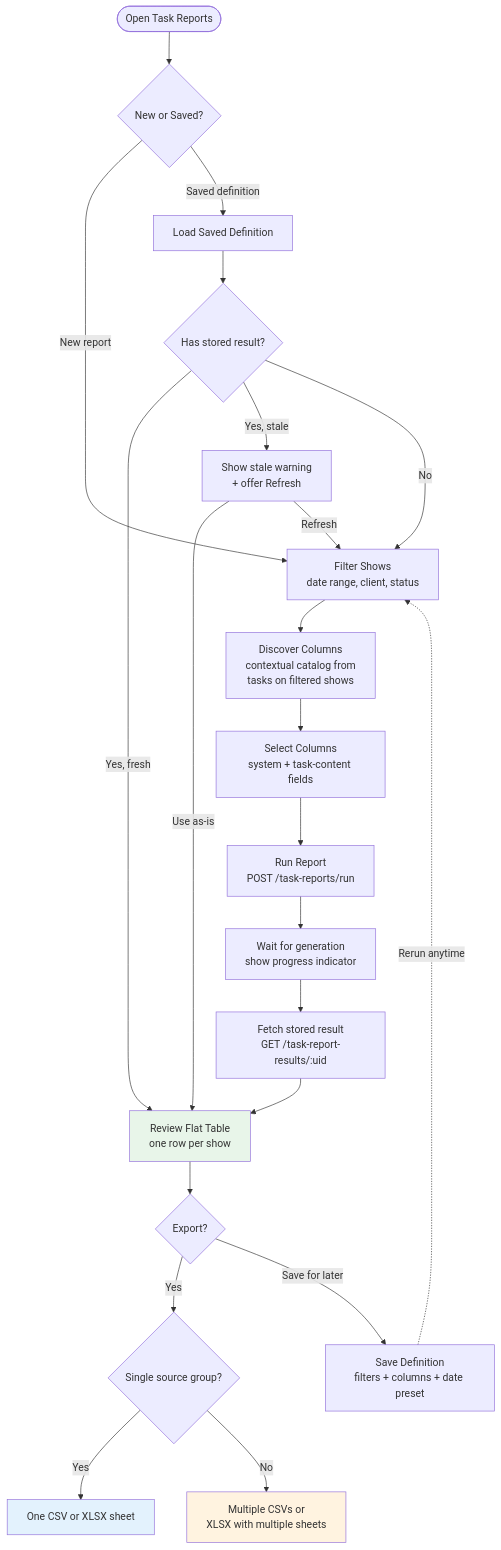
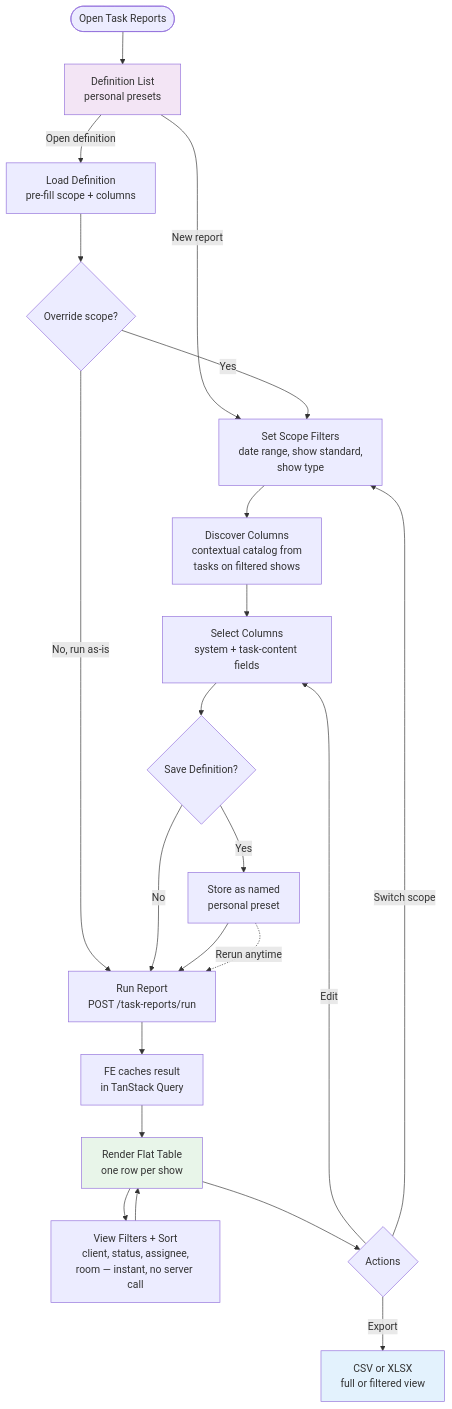
One commit to allenlin90/eridu-services changed the first of 3 diagrams in apps/erify_studios/docs/design/TASK_SUBMISSION_REPORTING_DESIGN.md. Above: the diagram before and after it, drawn with Mermaid. The commit also changed other lines of this file and 4 other files, not shown here.

First line of the commit message:
docs(task-submission-reporting): drop server result storage, add two-level filtering

````diff
--- a/apps/erify_studios/docs/design/TASK_SUBMISSION_REPORTING_DESIGN.md
+++ b/apps/erify_studios/docs/design/TASK_SUBMISSION_REPORTING_DESIGN.md
@@ -50,31 +53,31 @@
 ```mermaid
 flowchart TD
-    START([Open Task Reports]) --> CHOOSE{New or Saved?}
-    CHOOSE -->|New report| FILTER[Filter Shows<br/>date range, client, status]
-    CHOOSE -->|Saved definition| LOAD[Load Saved Definition]
-    LOAD --> HAS_RESULT{Has stored result?}
-    HAS_RESULT -->|Yes, fresh| REVIEW
-    HAS_RESULT -->|Yes, stale| STALE[Show stale warning<br/>+ offer Refresh]
-    HAS_RESULT -->|No| FILTER
-    STALE -->|Use as-is| REVIEW
-    STALE -->|Refresh| FILTER
+    START([Open Task Reports]) --> LANDING[Definition List<br/>personal presets]
+    LANDING -->|New report| FILTER[Set Scope Filters<br/>date range, show standard,<br/>show type]
+    LANDING -->|Open definition| LOAD[Load Definition<br/>pre-fill scope + columns]
+    LOAD --> PREFILLED{Override scope?}
+    PREFILLED -->|Yes| FILTER
+    PREFILLED -->|No, run as-is| RUN
 
     FILTER --> DISCOVER[Discover Columns<br/>contextual catalog from<br/>tasks on filtered shows]
     DISCOVER --> COLUMNS[Select Columns<br/>system + task-content fields]
-    COLUMNS --> RUN[Run Report<br/>POST /task-reports/run]
-    RUN --> WAIT[Wait for generation<br/>show progress indicator]
-    WAIT --> FETCH[Fetch stored result<br/>GET /task-report-results/:uid]
-    FETCH --> REVIEW[Review Flat Table<br/>one row per show]
+    COLUMNS --> SAVE{Save Definition?}
+    SAVE -->|Yes| DEF[Store as named<br/>personal preset]
+    SAVE -->|No| RUN
+    DEF --> RUN[Run Report<br/>POST /task-reports/run]
+    RUN --> RESULT[FE caches result<br/>in TanStack Query]
+    RESULT --> TABLE[Render Flat Table<br/>one row per show]
 
-    REVIEW --> EXPORT{Export?}
+    TABLE --> VIEW[View Filters + Sort<br/>client, status, assignee,<br/>room — instant, no server call]
+    VIEW --> TABLE
 
-    EXPORT -->|Yes| PARTITION{Single source group?}
-    PARTITION -->|Yes| ONE[One CSV or XLSX sheet]
-    PARTITION -->|No| MULTI[Multiple CSVs or<br/>XLSX with multiple sheets]
-    EXPORT -->|Save for later| SAVE[Save Definition<br/>filters + columns + date preset]
-    SAVE -.->|Rerun anytime| FILTER
+    TABLE --> ACTIONS{Actions}
+    ACTIONS -->|Export| EXPORT[CSV or XLSX<br/>full or filtered view]
+    ACTIONS -->|Edit| COLUMNS
+    ACTIONS -->|Switch scope| FILTER
+    DEF -.->|Rerun anytime| RUN
 
-    style REVIEW fill:#e8f5e9
-    style ONE fill:#e3f2fd
-    style MULTI fill:#fff3e0
+    style TABLE fill:#e8f5e9
+    style EXPORT fill:#e3f2fd
+    style LANDING fill:#f3e5f5
 ```
````
